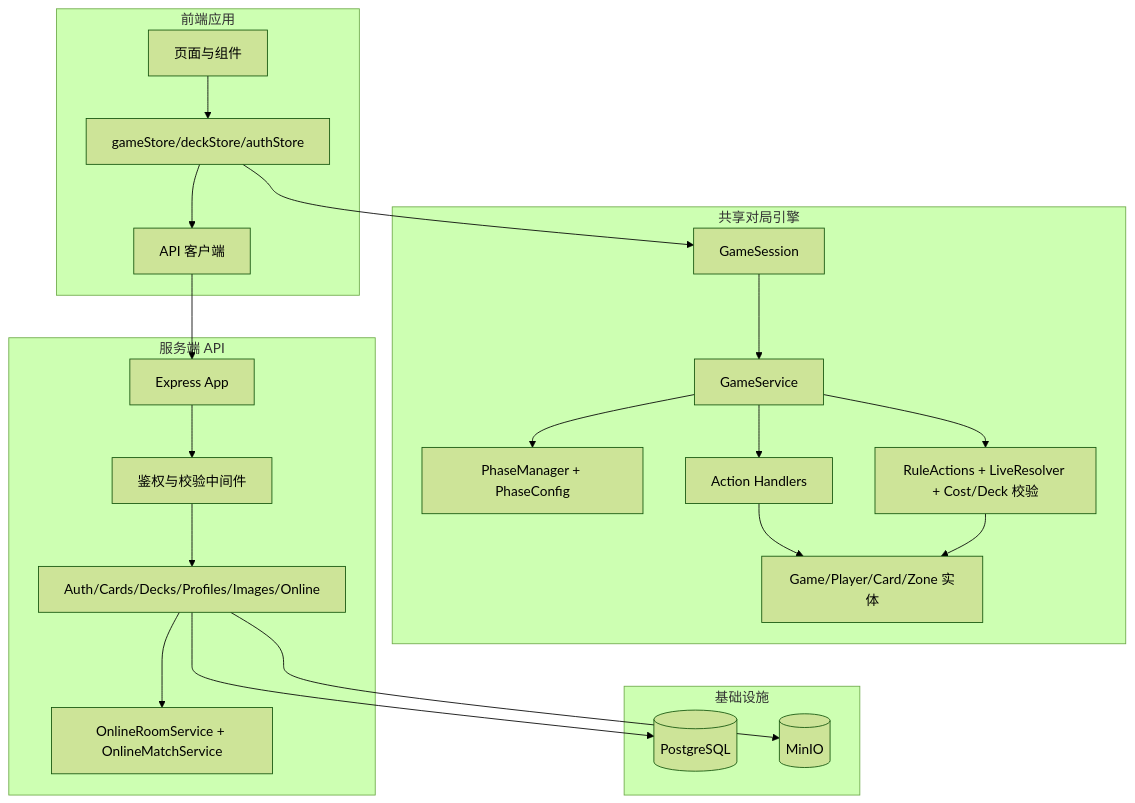
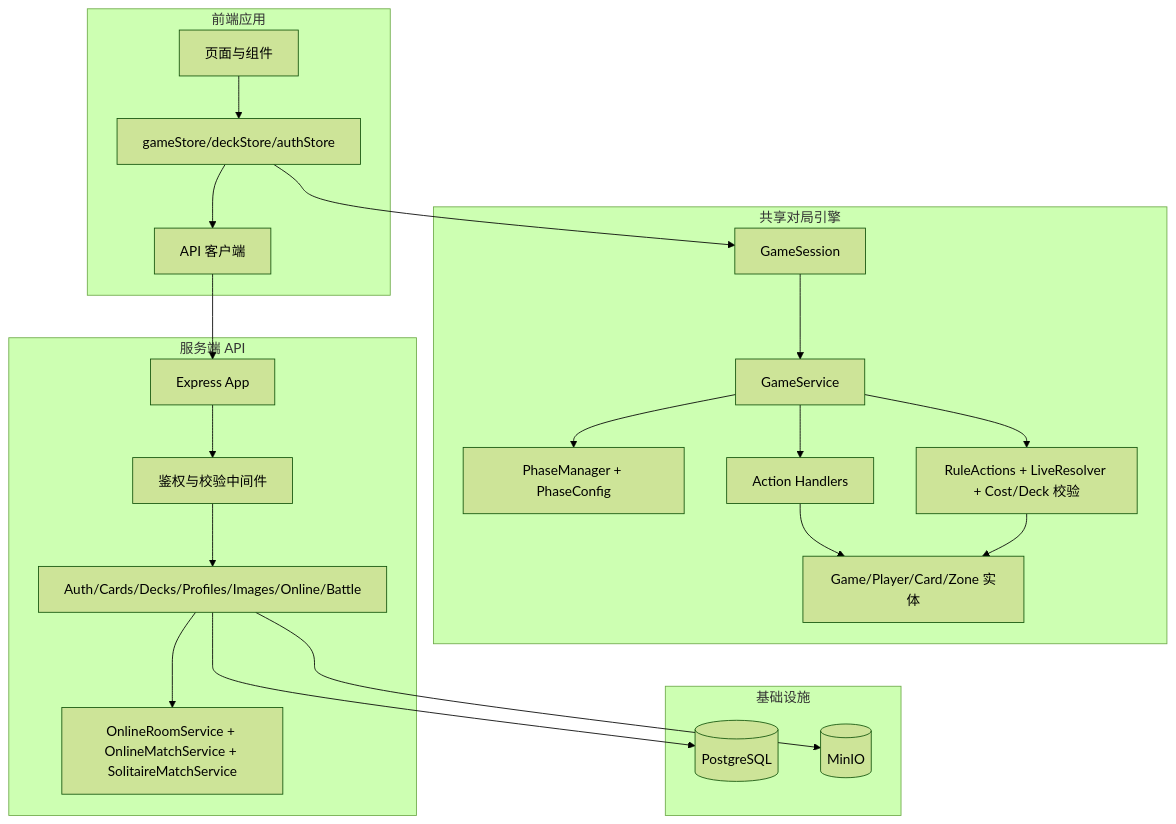
Before and after one commit to catmeow123456/loveca-dev: the first of 9 diagrams in game_system_design.md, drawn with Mermaid (forest theme). The commit also changed other lines of this file and 36 other files, not shown here.

````diff
--- a/game_system_design.md
+++ b/game_system_design.md
@@ -30,46 +30,46 @@
 ```mermaid
 graph TB
     subgraph Client[前端应用]
         UI[页面与组件]
         GS[gameStore/deckStore/authStore]
         APIClient[API 客户端]
     end
 
     subgraph Engine[共享对局引擎]
         Session[GameSession]
         Service[GameService]
         Phase[PhaseManager + PhaseConfig]
         Handlers[Action Handlers]
         Rules[RuleActions + LiveResolver + Cost/Deck 校验]
         Domain[Game/Player/Card/Zone 实体]
     end
 
     subgraph Server[服务端 API]
         App[Express App]
-        Routes[Auth/Cards/Decks/Profiles/Images/Online]
+        Routes[Auth/Cards/Decks/Profiles/Images/Online/Battle]
         Middleware[鉴权与校验中间件]
-        OnlineSvc[OnlineRoomService + OnlineMatchService]
+        OnlineSvc[OnlineRoomService + OnlineMatchService + SolitaireMatchService]
     end
 
     subgraph Infra[基础设施]
         PG[(PostgreSQL)]
         MinIO[(MinIO)]
     end
 
     UI --> GS
     GS --> Session
     Session --> Service
     Service --> Phase
     Service --> Handlers
     Service --> Rules
     Handlers --> Domain
     Rules --> Domain
 
     GS --> APIClient
     APIClient --> App
     App --> Middleware
     Middleware --> Routes
     Routes --> OnlineSvc
     Routes --> PG
     Routes --> MinIO
 ```
````
